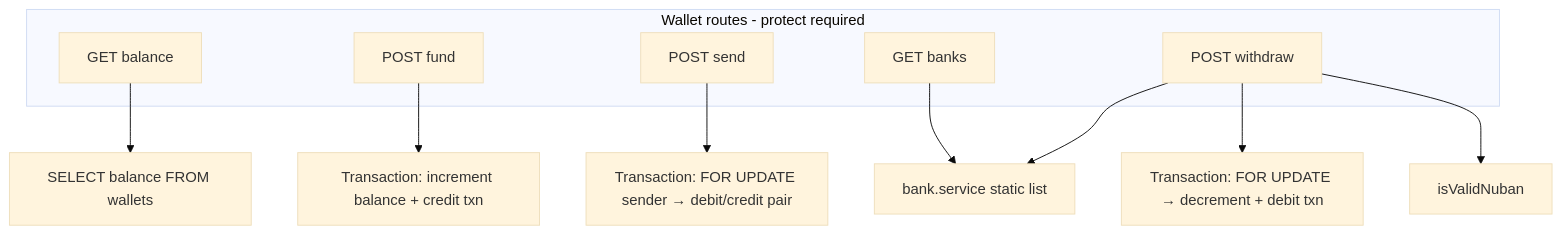
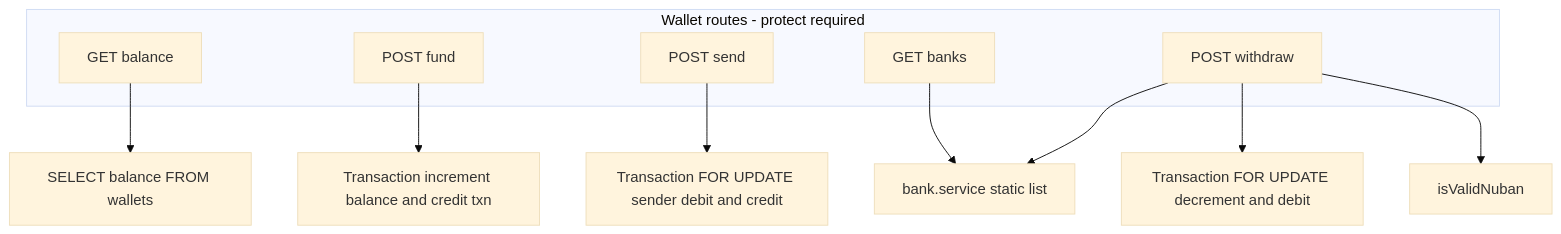
Before and after one commit to Anaboy01/Demo-Credit: the sixth of 7 diagrams in Architecture.md, drawn with Mermaid (base theme). The commit also changed other lines of this file, not shown here.

First line of the commit message:
fix(docs): repair Auth flow and ER Mermaid diagrams for GitHub

````diff
--- a/Architecture.md
+++ b/Architecture.md
@@ -282,18 +282,18 @@
 ```mermaid
 flowchart TB
     subgraph WalletAPI["Wallet routes - protect required"]
         BAL["GET balance"]
         FUND["POST fund"]
         SEND["POST send"]
         BANKS["GET banks"]
         WDR["POST withdraw"]
     end
 
     BAL --> R1[SELECT balance FROM wallets]
-    FUND --> T1["Transaction: increment balance + credit txn"]
-    SEND --> T2["Transaction: FOR UPDATE sender → debit/credit pair"]
-    BANKS --> BS[bank.service static list]
-    WDR --> T3["Transaction: FOR UPDATE → decrement + debit txn"]
+    FUND --> T1["Transaction increment balance and credit txn"]
+    SEND --> T2["Transaction FOR UPDATE sender debit and credit"]
+    BANKS --> BS["bank.service static list"]
+    WDR --> T3["Transaction FOR UPDATE decrement and debit"]
     WDR --> BS
     WDR --> NUBAN[isValidNuban]
 ```
````
